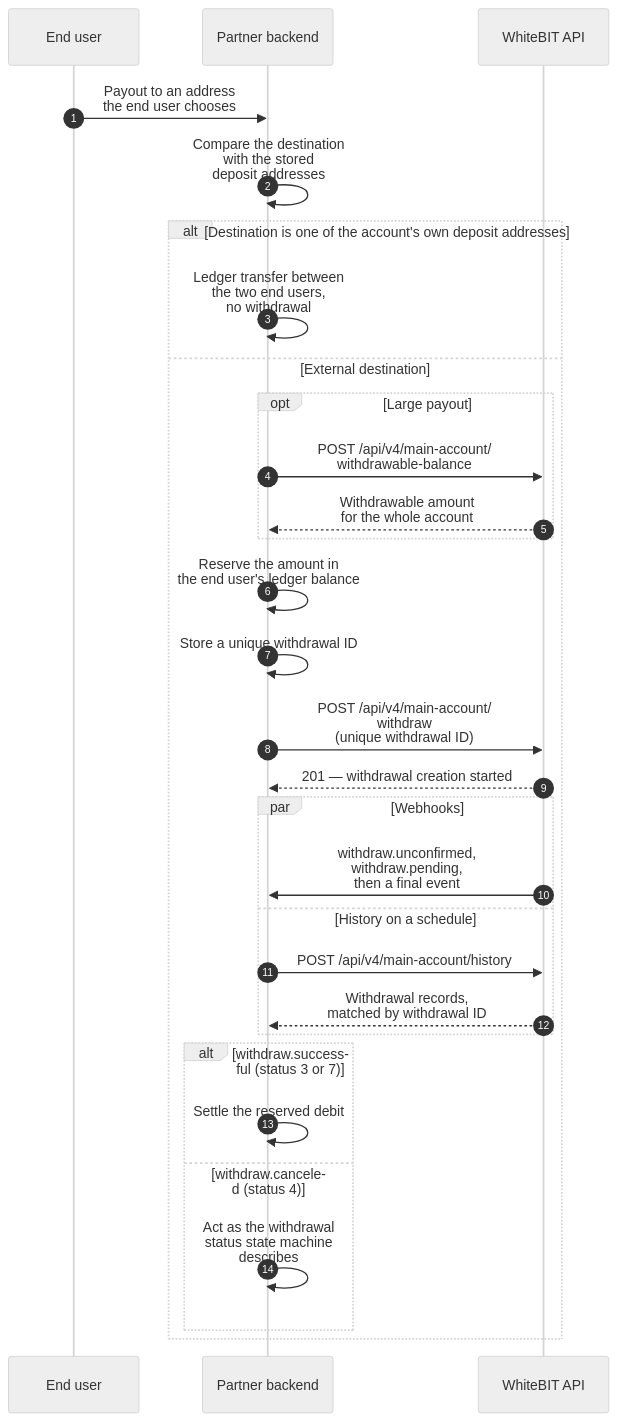
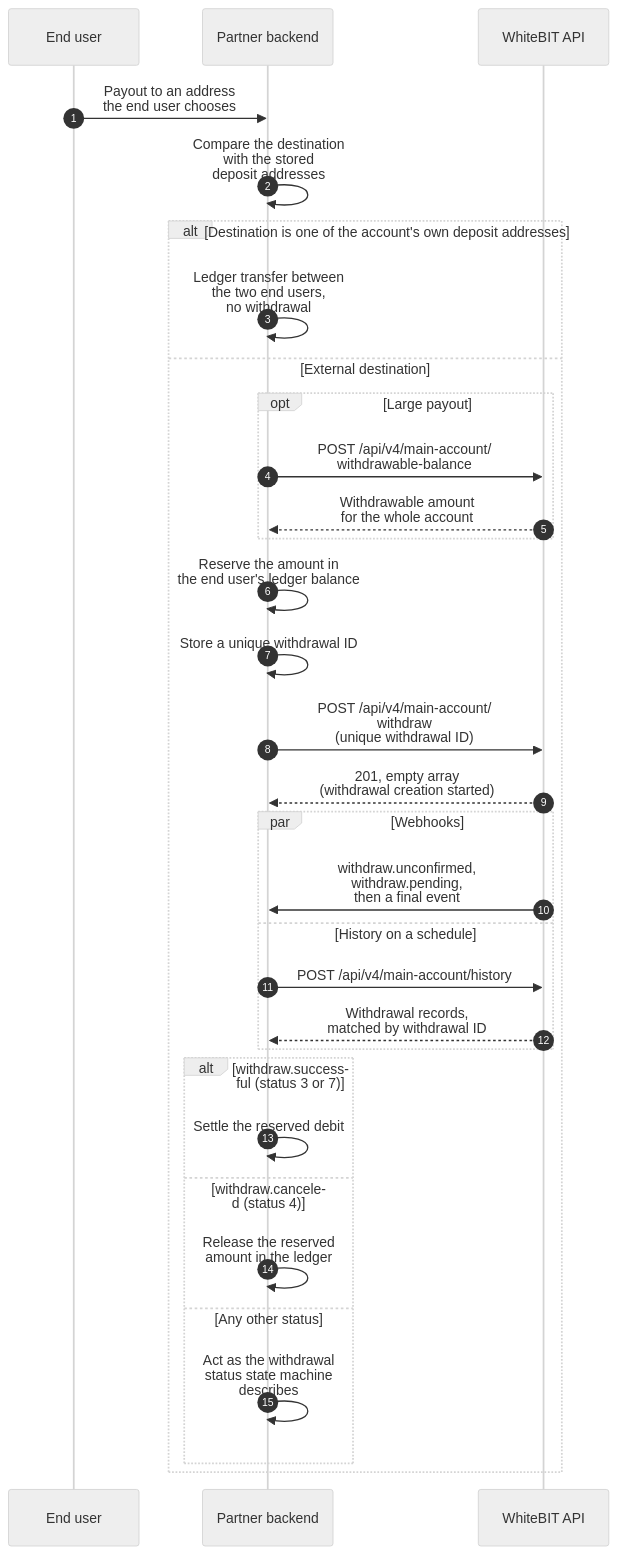
One commit to whitebit-exchange/docs changed the third of 5 diagrams in guides/caas-integration.mdx. Above: the diagram before and after it, drawn with Mermaid (neutral theme). The commit also changed other lines of this file, not shown here.

````diff
--- a/guides/caas-integration.mdx
+++ b/guides/caas-integration.mdx
@@ -208,33 +218,35 @@
 ```mermaid
 sequenceDiagram
     autonumber
     participant U as End user
     participant P as Partner backend
     participant W as WhiteBIT API
 
     U->>P: Payout to an address<br/>the end user chooses
     P->>P: Compare the destination<br/>with the stored<br/>deposit addresses
     alt Destination is one of the account's own deposit addresses
         P->>P: Ledger transfer between<br/>the two end users,<br/>no withdrawal
     else External destination
         opt Large payout
             P->>W: POST /api/v4/main-account/<br/>withdrawable-balance
             W-->>P: Withdrawable amount<br/>for the whole account
         end
         P->>P: Reserve the amount in<br/>the end user's ledger balance
         P->>P: Store a unique withdrawal ID
         P->>W: POST /api/v4/main-account/<br/>withdraw<br/>(unique withdrawal ID)
-        W-->>P: 201 — withdrawal creation started
+        W-->>P: 201, empty array<br/>(withdrawal creation started)
         par Webhooks
             W->>P: withdraw.unconfirmed,<br/>withdraw.pending,<br/>then a final event
         and History on a schedule
             P->>W: POST /api/v4/main-account/history
             W-->>P: Withdrawal records,<br/>matched by withdrawal ID
         end
         alt withdraw.successful (status 3 or 7)
             P->>P: Settle the reserved debit
         else withdraw.canceled (status 4)
+            P->>P: Release the reserved<br/>amount in the ledger
+        else Any other status
             P->>P: Act as the withdrawal<br/>status state machine<br/>describes
         end
     end
 ```
````
